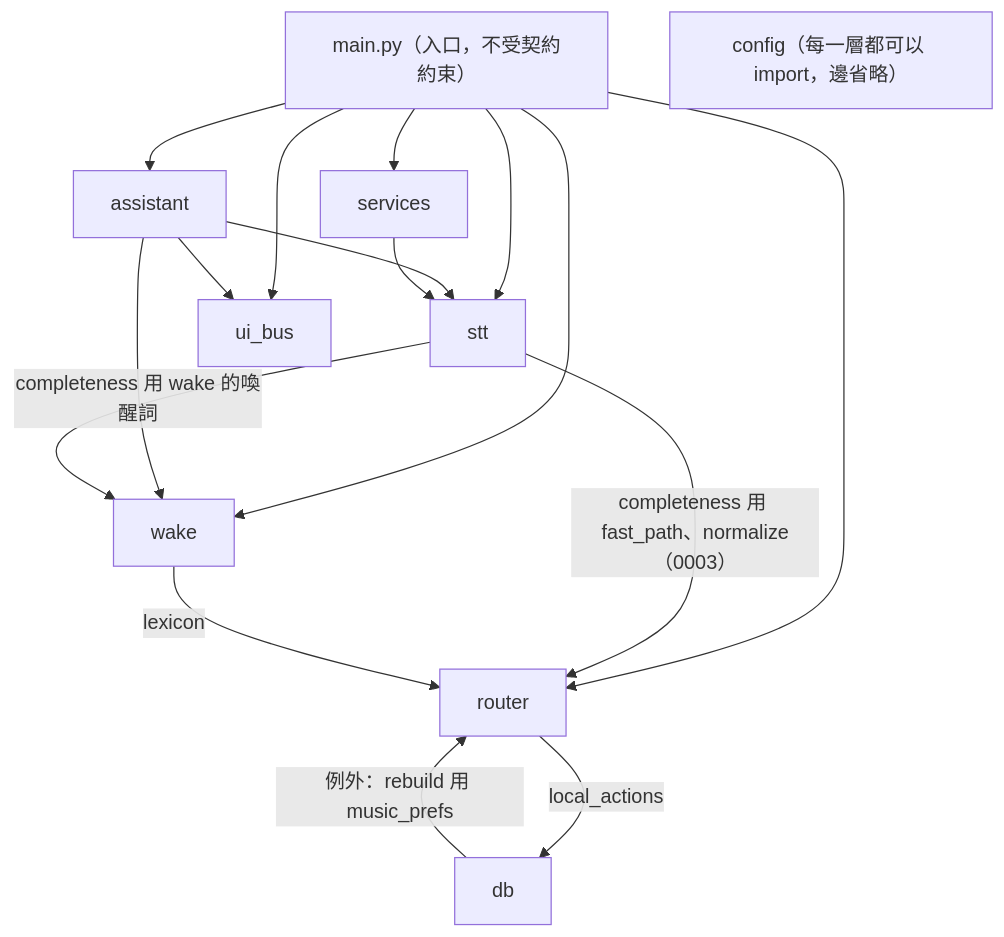
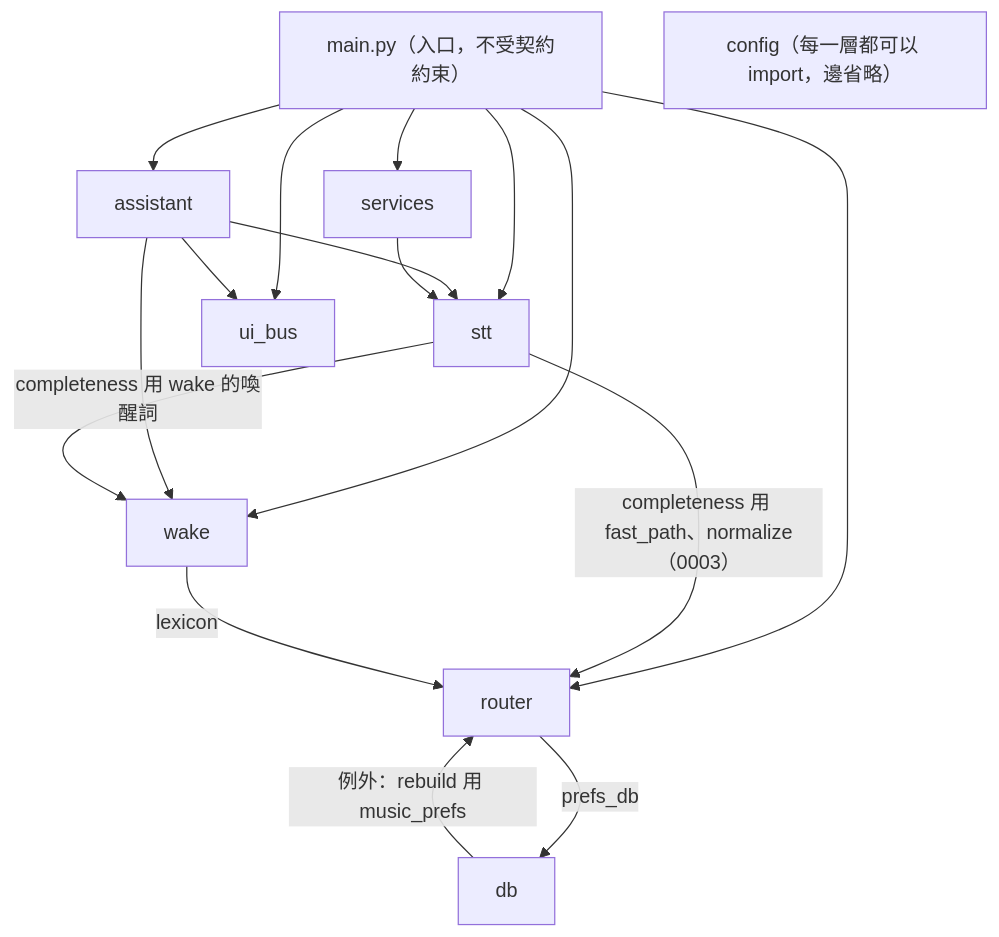
Before and after one commit to young878787/mac_ai_control: the first of 2 diagrams in docs/flows/module-deps.md, drawn with Mermaid. The commit also changed other lines of this file and 53 other files, not shown here.

Commit message:
refactor: router 的 actions／local_actions 依功能拆成 10 個模組（exec_context、*_tools、prefs_db），actions 只剩分派、local_actions 只剩登錄，C2／C3 契約同步收緊，行為不變，新增 ADR 0030、盤點計畫結案

````diff
--- a/docs/flows/module-deps.md
+++ b/docs/flows/module-deps.md
@@ -13,19 +13,19 @@
 ```mermaid
 flowchart TD
     Main["main.py（入口，不受契約約束）"] --> Assistant["assistant"]
     Main --> Services["services"]
     Main --> Stt["stt"]
     Main --> UiBus["ui_bus"]
     Main --> Wake["wake"]
     Main --> Router["router"]
     Assistant --> Stt
     Assistant --> UiBus
     Assistant --> Wake
     Services --> Stt
     Stt -- "completeness 用 wake 的喚醒詞" --> Wake
     Stt -- "completeness 用 fast_path、normalize（0003）" --> Router
     Wake -- "lexicon" --> Router
-    Router -- "local_actions" --> Db["db"]
+    Router -- "prefs_db" --> Db["db"]
     Db -- "例外：rebuild 用 music_prefs" --> Router
     Config["config（每一層都可以 import，邊省略）"]
 ```
````
